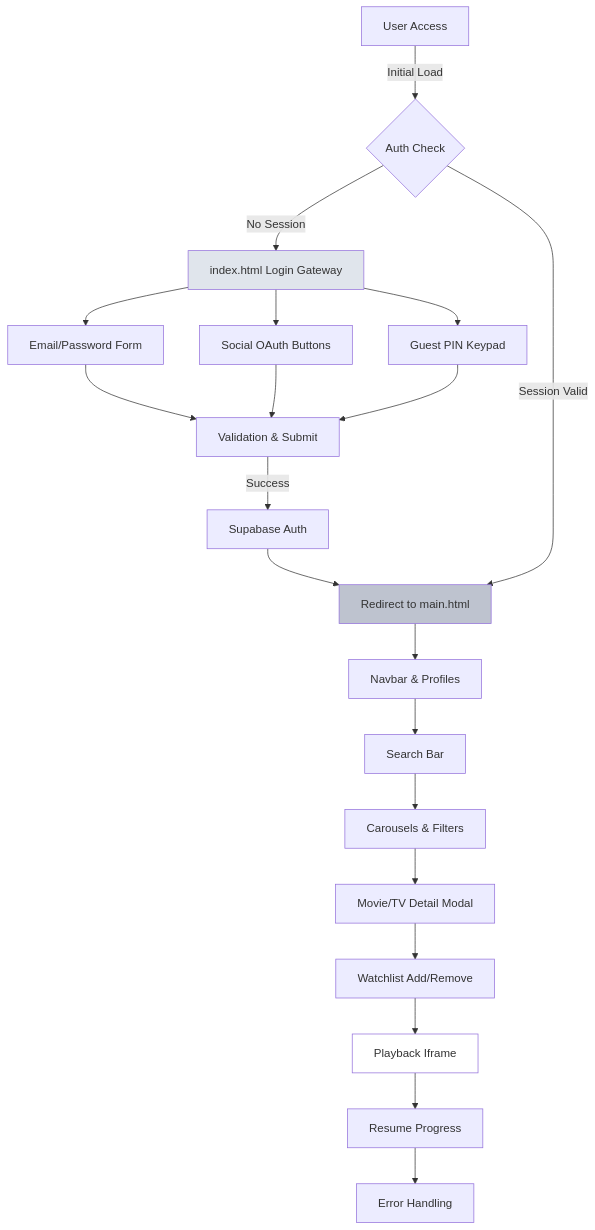
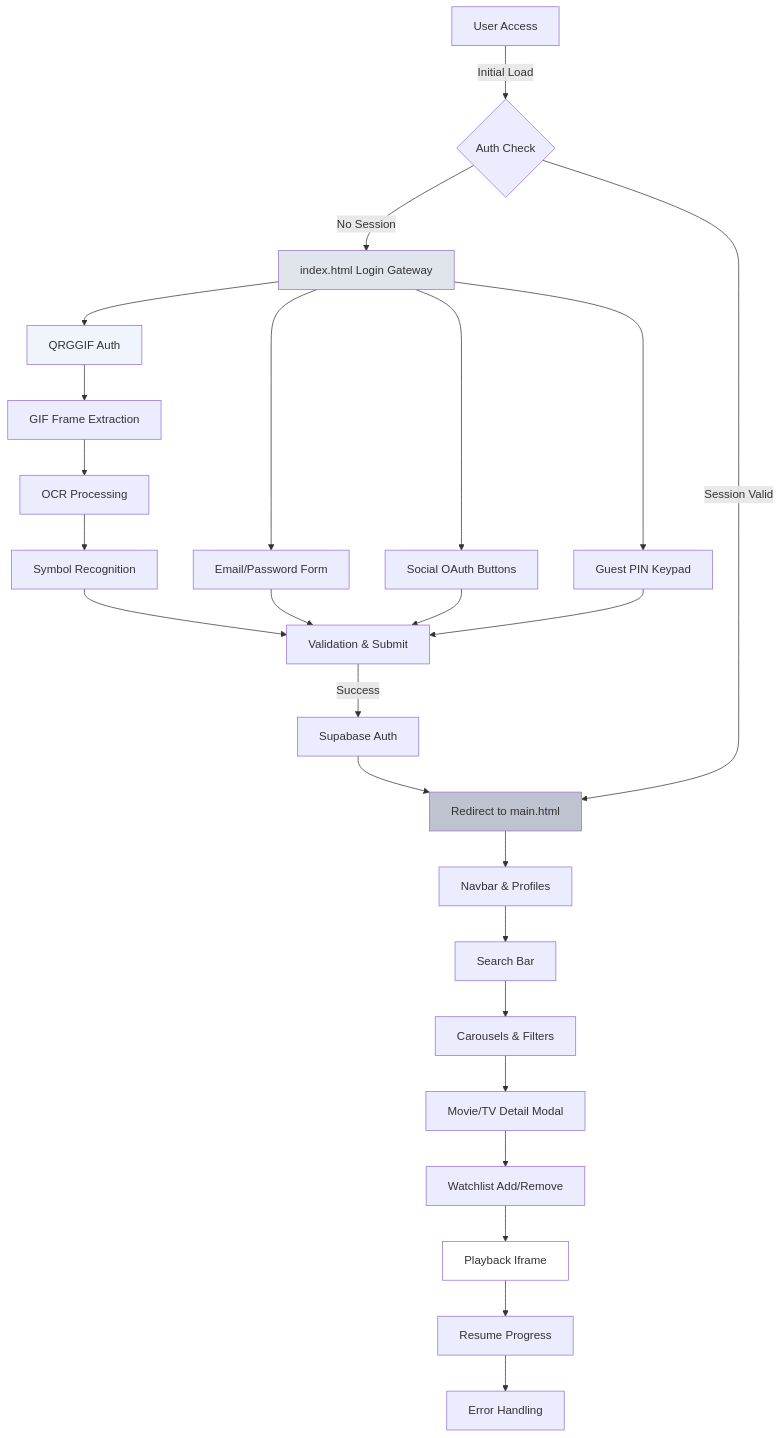
Before and after one commit to ctaxnagomi/WSP-maindev-v.2.18.0: the first of 2 diagrams in README.md, drawn with Mermaid. The commit also changed other lines of this file and 29 other files, not shown here.

````diff
--- a/README.md
+++ b/README.md
@@ -91,25 +99,31 @@
 ```mermaid
 graph TD
     A[User Access] -->|Initial Load| B{Auth Check}
     B -->|No Session| C[index.html Login Gateway]
     C --> D[Email/Password Form]
     C --> E[Social OAuth Buttons]
     C --> F[Guest PIN Keypad]
+    C --> R[QRGGIF Auth]
+    R --> S[GIF Frame Extraction]
+    S --> T[OCR Processing]
+    T --> U[Symbol Recognition]
+    U --> G[Validation & Submit]
     D --> G[Validation & Submit]
     E --> G
     F --> G
     G -->|Success| H[Supabase Auth]
     H --> I[Redirect to main.html]
     B -->|Session Valid| I
     I --> J[Navbar & Profiles]
     J --> K[Search Bar]
     K --> L[Carousels & Filters]
     L --> M[Movie/TV Detail Modal]
     M --> N[Watchlist Add/Remove]
     N --> O[Playback Iframe]
     O --> P[Resume Progress]
     P --> Q[Error Handling]
     style C fill:#e0e5ec
     style I fill:#bec3cf
     style O fill:#ffffff
+    style R fill:#f0f5fc
 ```
````
